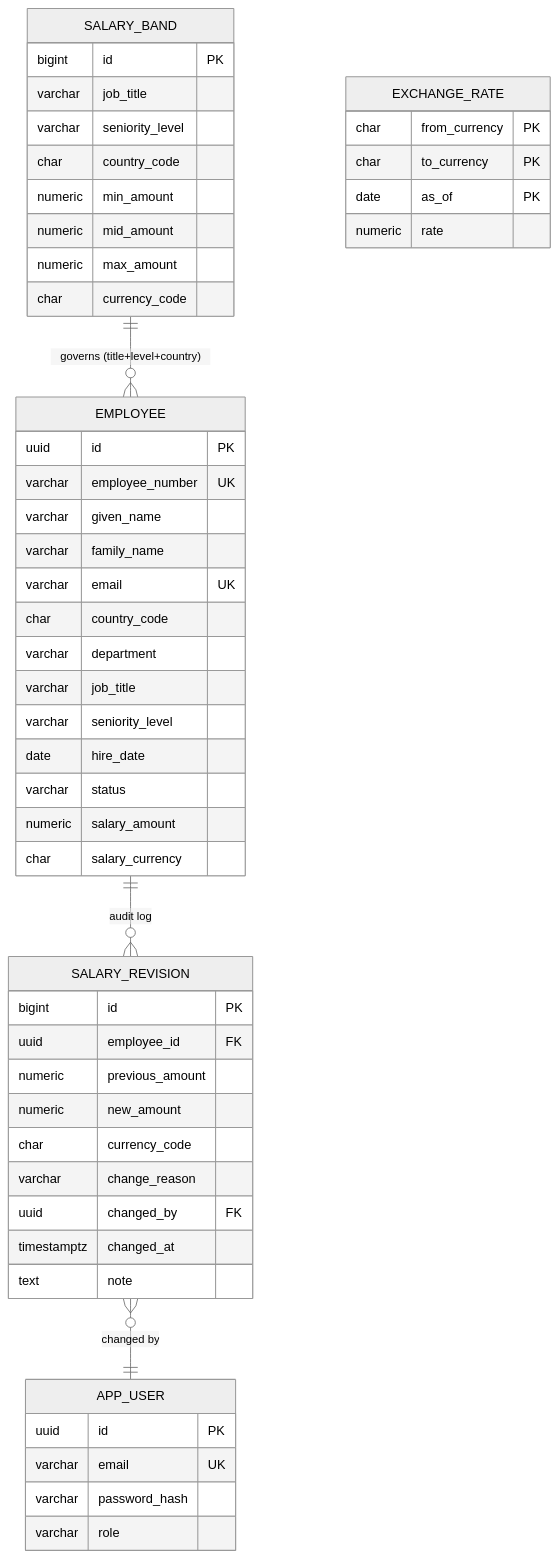
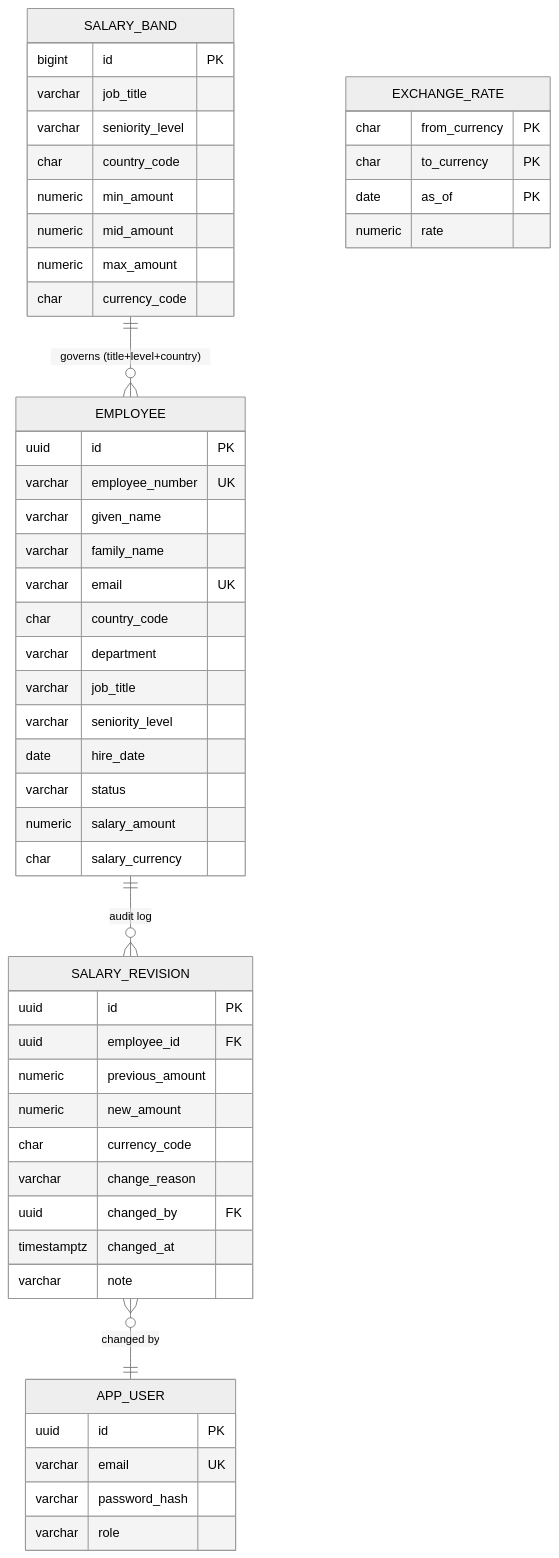
Before and after one commit to Ram-mane/Incubyte-Engineering-Assessment: the diagram in docs/05-DATA-MODEL.md, drawn with Mermaid (neutral theme). The commit also changed other lines of this file and 5 other files, not shown here.

````diff
--- a/docs/05-DATA-MODEL.md
+++ b/docs/05-DATA-MODEL.md
@@ -10,55 +10,55 @@
 ```mermaid
 erDiagram
     EMPLOYEE ||--o{ SALARY_REVISION : "audit log"
     SALARY_BAND ||--o{ EMPLOYEE : "governs (title+level+country)"
     SALARY_REVISION }o--|| APP_USER : "changed by"
 
     EMPLOYEE {
         uuid id PK
         varchar employee_number UK
         varchar given_name
         varchar family_name
         varchar email UK
         char country_code
         varchar department
         varchar job_title
         varchar seniority_level
         date hire_date
         varchar status
         numeric salary_amount
         char salary_currency
     }
     APP_USER {
         uuid id PK
         varchar email UK
         varchar password_hash
         varchar role
     }
     SALARY_REVISION {
-        bigint id PK
+        uuid id PK
         uuid employee_id FK
         numeric previous_amount
         numeric new_amount
         char currency_code
         varchar change_reason
         uuid changed_by FK
         timestamptz changed_at
-        text note
+        varchar note
     }
     SALARY_BAND {
         bigint id PK
         varchar job_title
         varchar seniority_level
         char country_code
         numeric min_amount
         numeric mid_amount
         numeric max_amount
         char currency_code
     }
     EXCHANGE_RATE {
         char from_currency PK
         char to_currency PK
         date as_of PK
         numeric rate
     }
 ```
````
